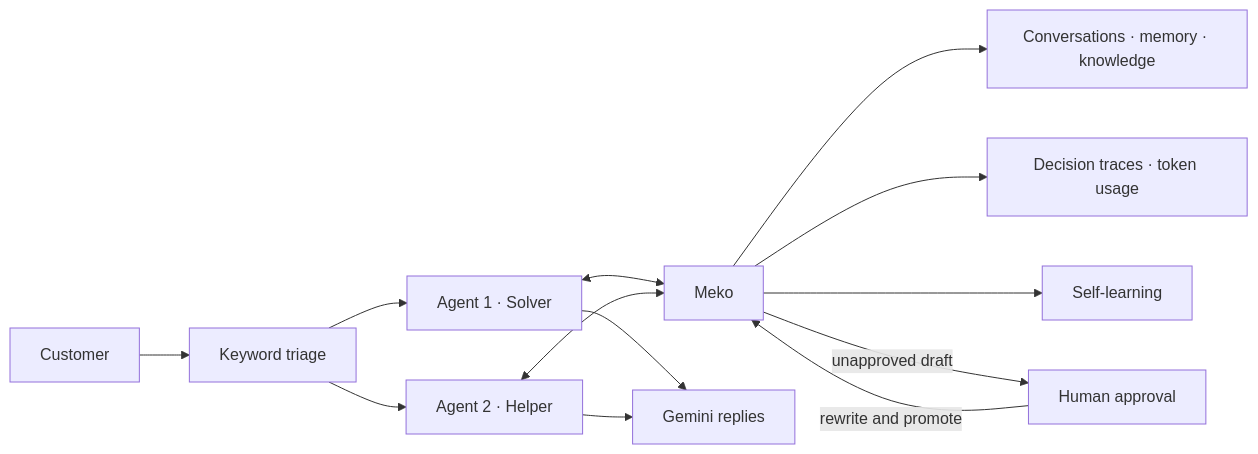
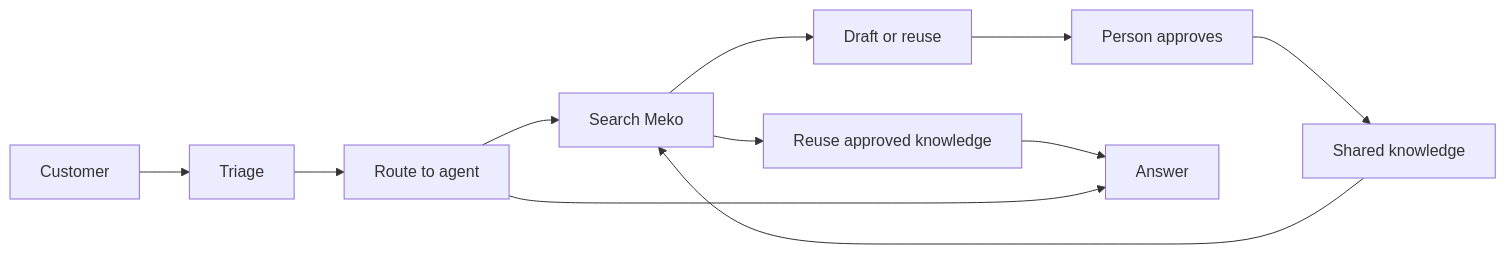
One commit to mahendrausa21/never-solve-it-twice changed the diagram in README.md. Above: the diagram before and after it, drawn with Mermaid. The commit also changed other lines of this file and 6 other files, not shown here.

````diff
--- a/README.md
+++ b/README.md
@@ -34,15 +21,13 @@
 ```mermaid
 flowchart LR
-    Customer --> Triage[Keyword triage]
-    Triage --> Agent1[Agent 1 · Solver]
-    Triage --> Agent2[Agent 2 · Helper]
-    Agent1 <--> Meko
-    Agent2 <--> Meko
-    Meko --> Context[Conversations · memory · knowledge]
-    Meko --> Trace[Decision traces · token usage]
-    Meko --> Learning[Self-learning]
-    Agent1 --> Gemini[Gemini replies]
-    Agent2 --> Gemini
-    Meko -->|unapproved draft| Human[Human approval]
-    Human -->|rewrite and promote| Meko
+    C[Customer] --> T[Triage]
+    T --> R[Route to agent]
+    R --> S[Search Meko]
+    S --> D[Draft or reuse]
+    S --> U[Reuse approved knowledge]
+    D --> H[Person approves]
+    H --> K[Shared knowledge]
+    U --> A[Answer]
+    K --> S
+    R --> A
 ```
````
